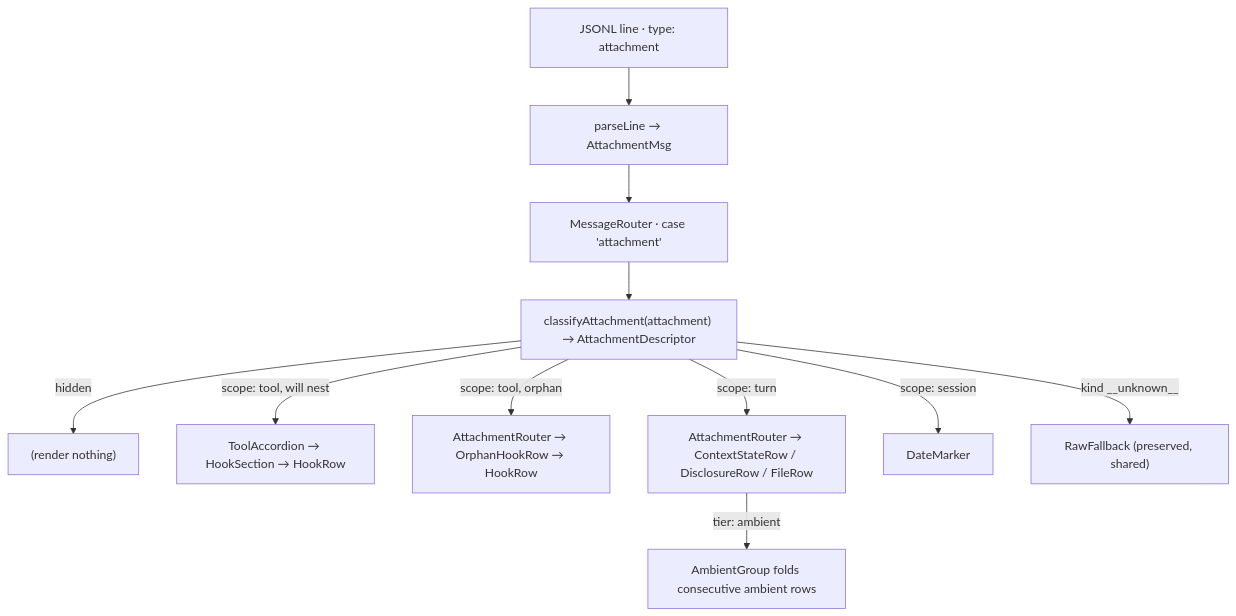
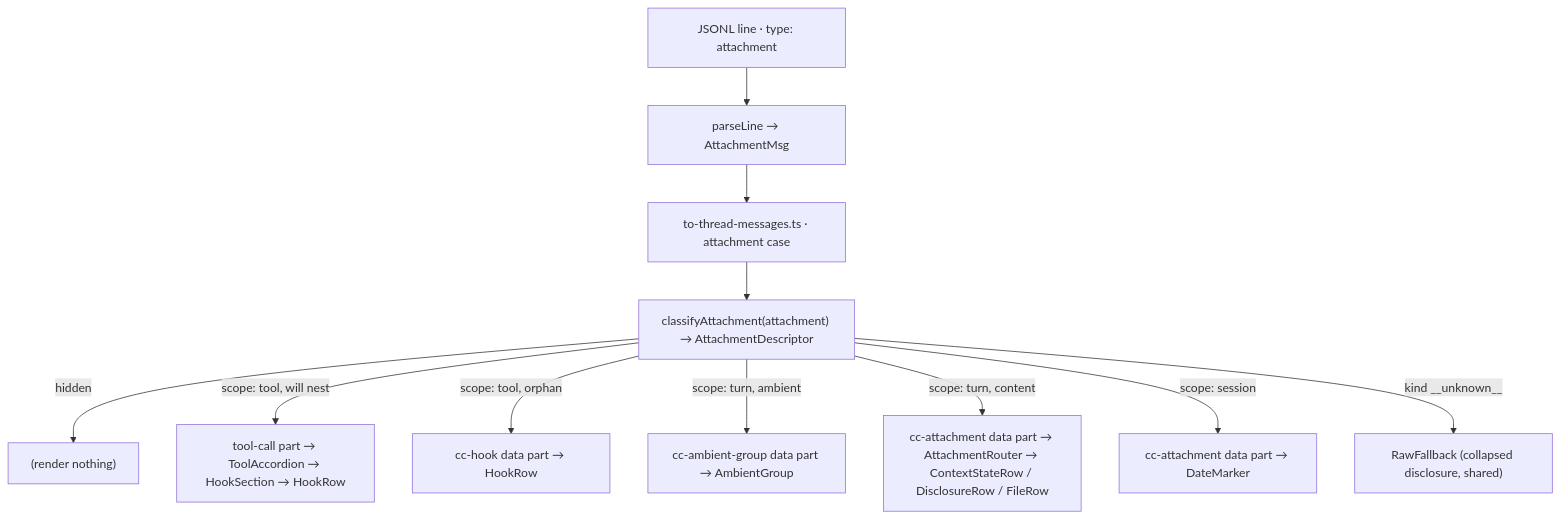
One commit to goodfoot-io/compare-branch-extension changed the diagram in packages/default-configuration/src/streams/claude-code-session/attachment-rendering.md. Above: the diagram before and after it, drawn with Mermaid. The commit also changed other lines of this file and 8 other files, not shown here.

````diff
--- a/packages/default-configuration/src/streams/claude-code-session/attachment-rendering.md
+++ b/packages/default-configuration/src/streams/claude-code-session/attachment-rendering.md
@@ -17,13 +17,13 @@
 ```mermaid
 flowchart TD
   L["JSONL line · type: attachment"] --> P["parseLine → AttachmentMsg"]
-  P --> MR["MessageRouter · case 'attachment'"]
-  MR --> C["classifyAttachment(attachment) → AttachmentDescriptor"]
+  P --> CV["to-thread-messages.ts · attachment case"]
+  CV --> C["classifyAttachment(attachment) → AttachmentDescriptor"]
   C -->|hidden| X["(render nothing)"]
-  C -->|scope: tool, will nest| TA["ToolAccordion → HookSection → HookRow"]
-  C -->|scope: tool, orphan| AR["AttachmentRouter → OrphanHookRow → HookRow"]
-  C -->|scope: turn| AR2["AttachmentRouter → ContextStateRow / DisclosureRow / FileRow"]
-  C -->|scope: session| DM["DateMarker"]
-  C -->|kind __unknown__| RF["RawFallback (preserved, shared)"]
-  AR2 -->|tier: ambient| AG["AmbientGroup folds consecutive ambient rows"]
+  C -->|scope: tool, will nest| TA["tool-call part → ToolAccordion → HookSection → HookRow"]
+  C -->|scope: tool, orphan| CH["cc-hook data part → HookRow"]
+  C -->|scope: turn, ambient| AG["cc-ambient-group data part → AmbientGroup"]
+  C -->|scope: turn, content| AR2["cc-attachment data part → AttachmentRouter → ContextStateRow / DisclosureRow / FileRow"]
+  C -->|scope: session| DM["cc-attachment data part → DateMarker"]
+  C -->|kind __unknown__| RF["RawFallback (collapsed disclosure, shared)"]
 ```
````
